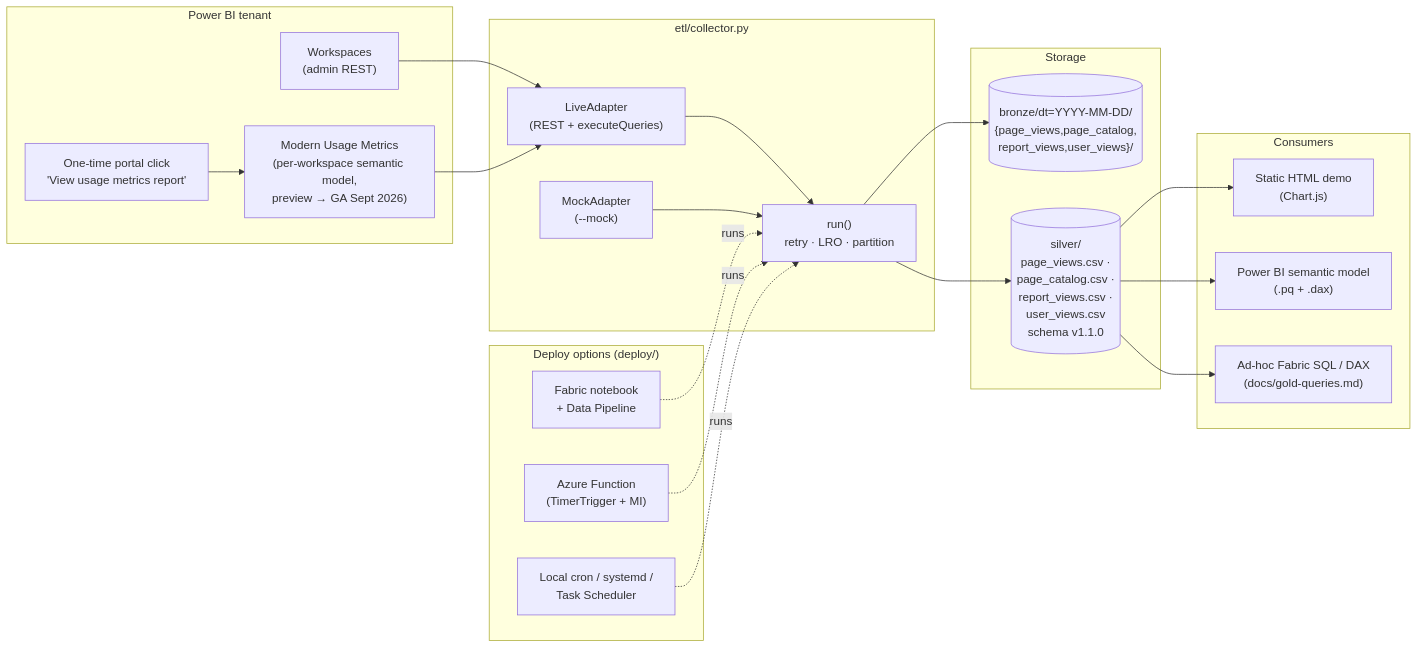
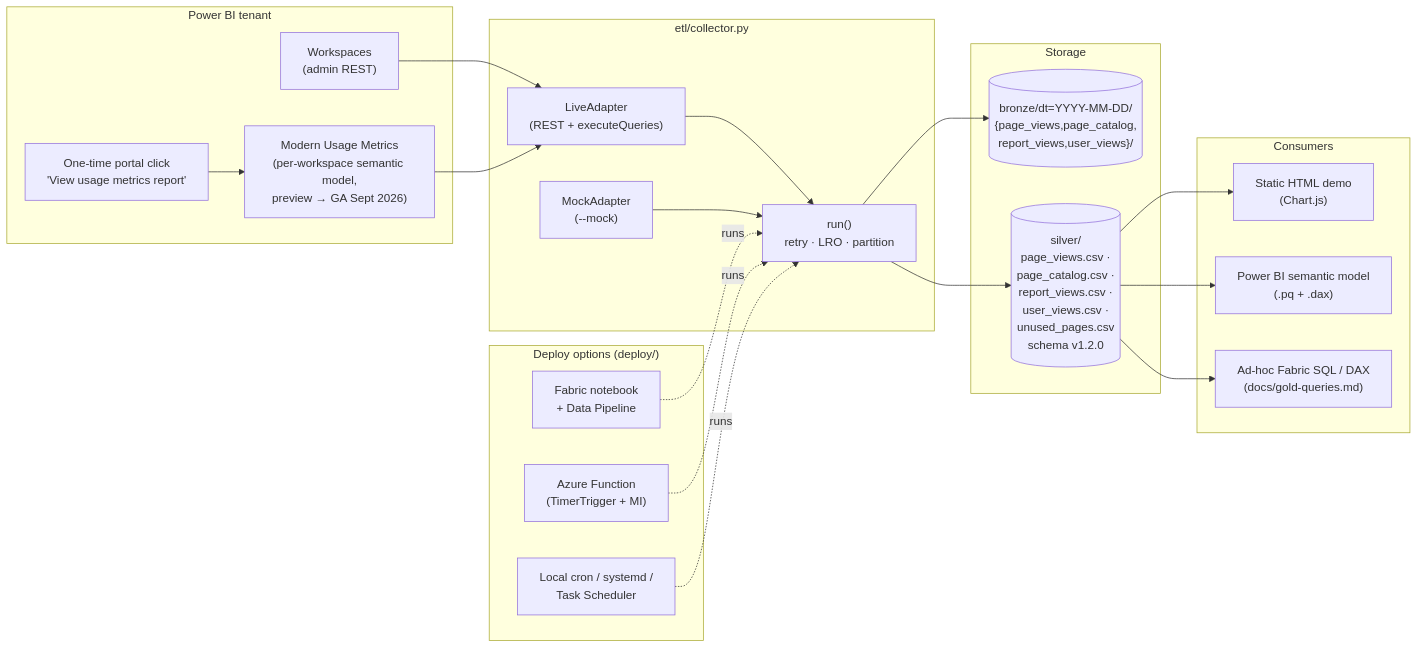
Before and after one commit to anuraagr/powerbi-page-telemetry: the diagram in README.md, drawn with Mermaid. The commit also changed other lines of this file and 15 other files, not shown here.

````diff
--- a/README.md
+++ b/README.md
@@ -97,45 +99,45 @@
 ```mermaid
 flowchart LR
     subgraph PBI["Power BI tenant"]
         WS["Workspaces<br/>(admin REST)"]
         UM["Modern Usage Metrics<br/>(per-workspace semantic model,<br/>preview → GA Sept 2026)"]
         Boot["One-time portal click<br/>'View usage metrics report'"]
     end
 
     subgraph Collector["etl/collector.py"]
         LA["LiveAdapter<br/>(REST + executeQueries)"]
         MA["MockAdapter<br/>(--mock)"]
         Run["run()<br/>retry · LRO · partition"]
     end
 
     subgraph Storage["Storage"]
         B[("bronze/dt=YYYY-MM-DD/<br/>{page_views,page_catalog,<br/>report_views,user_views}/")]
-        S[("silver/<br/>page_views.csv ·<br/>page_catalog.csv ·<br/>report_views.csv ·<br/>user_views.csv<br/>schema v1.1.0")]
+        S[("silver/<br/>page_views.csv ·<br/>page_catalog.csv ·<br/>report_views.csv ·<br/>user_views.csv ·<br/>unused_pages.csv<br/>schema v1.2.0")]
     end
 
     subgraph Consumers["Consumers"]
         Dash["Static HTML demo<br/>(Chart.js)"]
         PBI2["Power BI semantic model<br/>(.pq + .dax)"]
         SQL["Ad-hoc Fabric SQL / DAX<br/>(docs/gold-queries.md)"]
     end
 
     subgraph Deploy["Deploy options (deploy/)"]
         F["Fabric notebook<br/>+ Data Pipeline"]
         A["Azure Function<br/>(TimerTrigger + MI)"]
         L["Local cron / systemd /<br/>Task Scheduler"]
     end
 
     WS --> LA
     Boot --> UM
     UM --> LA
     LA --> Run
     MA --> Run
     Run --> B
     Run --> S
     S --> Dash
     S --> PBI2
     S --> SQL
     F -.runs.-> Run
     A -.runs.-> Run
     L -.runs.-> Run
 ```
````
